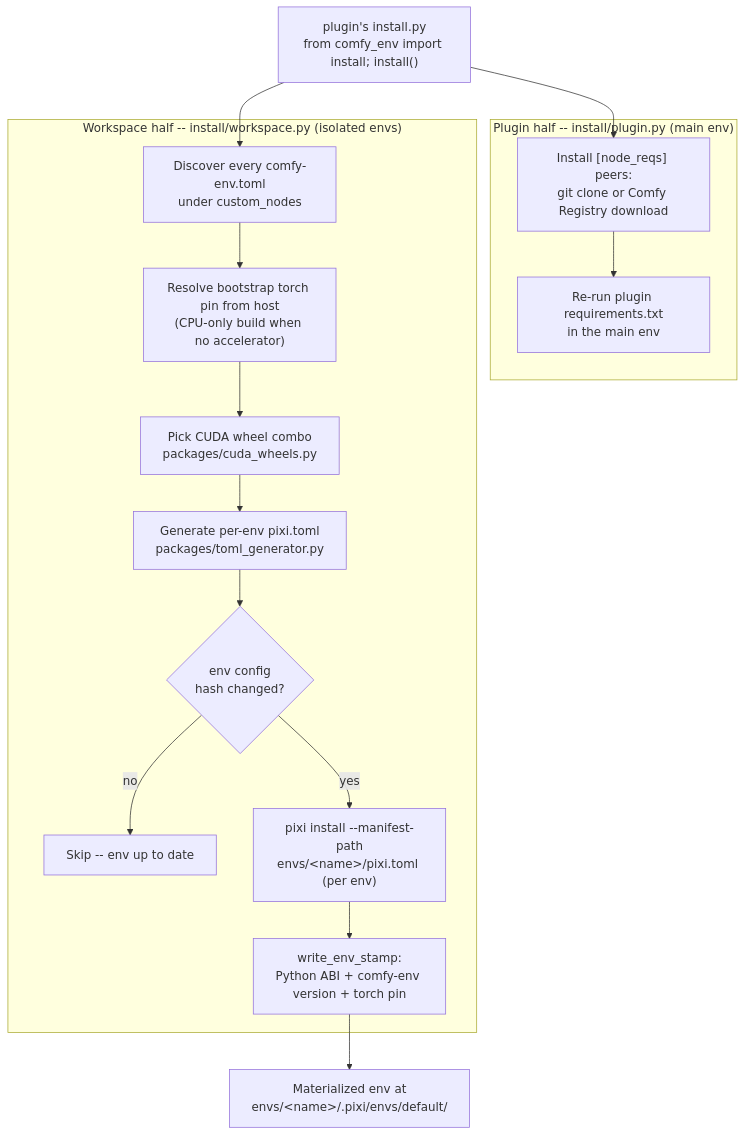
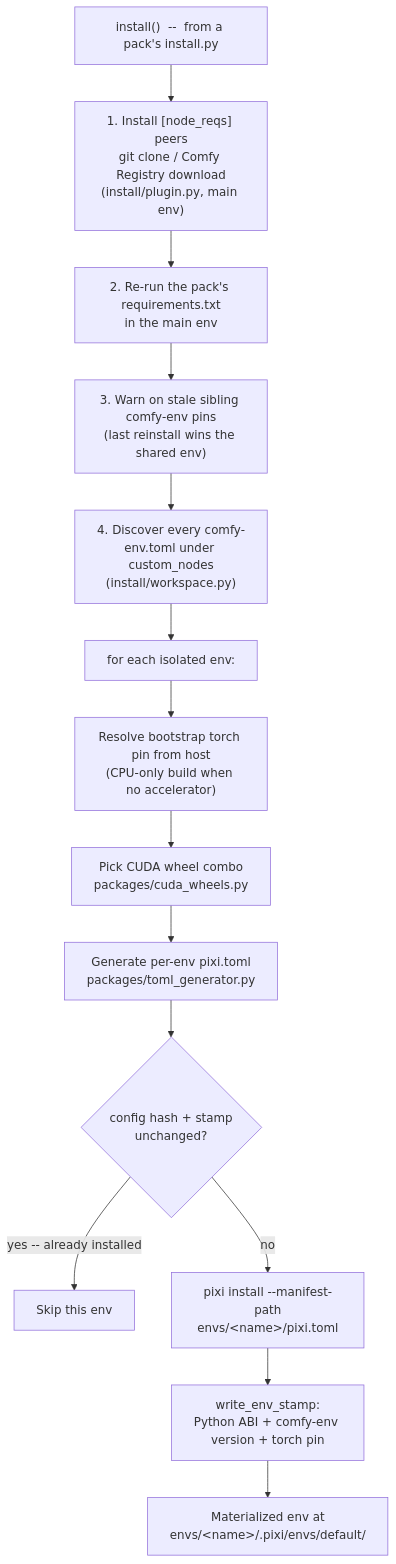
The third of 4 diagrams in docs/comfy-env/index.md (Comfy-Forge/comfy-forge-docs), drawn with Mermaid before and after one commit. The commit also changed other lines of this file, not shown here.

Commit message:
docs: linearize the install() diagram; drop stale shareable-pool/Pool-IPC mentions
- install() diagram: replaced the two parallel 'Plugin half / Workspace
  half' subgraphs with one straight top-down sequence matching the actual
  code order (node_reqs peers -> re-run requirements -> sibling-pin warn ->
  per-env discover -> hash/stamp 'already installed?' gate -> skip or
  pixi install). Reads as one flow with the up-to-date short-circuit.
- Dropped the deleted shareable-pool hook from the setup_env summary
  (removed 0.4.22) and marked serialization-ladder row 2 (Pool IPC)
  experimental/default-off instead of 'in progress'.

````diff
--- a/docs/comfy-env/index.md
+++ b/docs/comfy-env/index.md
@@ -434,24 +437,17 @@
 ```mermaid
 flowchart TD
-    entry["plugin's install.py<br/>from comfy_env import install; install()"]
-    entry --> plugin
-    entry --> discover
-
-    subgraph plughalf["Plugin half -- install/plugin.py (main env)"]
-        plugin["Install [node_reqs] peers:<br/>git clone or Comfy Registry download"]
-        plugin --> reqs["Re-run plugin requirements.txt<br/>in the main env"]
-    end
-
-    subgraph wshalf["Workspace half -- install/workspace.py (isolated envs)"]
-        discover["Discover every comfy-env.toml<br/>under custom_nodes"]
-        discover --> torchpin["Resolve bootstrap torch pin from host<br/>(CPU-only build when no accelerator)"]
-        torchpin --> combo["Pick CUDA wheel combo<br/>packages/cuda_wheels.py"]
-        combo --> gen["Generate per-env pixi.toml<br/>packages/toml_generator.py"]
-        gen --> hash{"env config<br/>hash changed?"}
-        hash -->|"no"| skip["Skip -- env up to date"]
-        hash -->|"yes"| pinstall["pixi install --manifest-path<br/>envs/&lt;name&gt;/pixi.toml (per env)"]
-        pinstall --> stamp["write_env_stamp:<br/>Python ABI + comfy-env version + torch pin"]
-    end
-
+    entry["install()  --  from a pack's install.py"]
+    entry --> plugin["1. Install [node_reqs] peers<br/>git clone / Comfy Registry download<br/>(install/plugin.py, main env)"]
+    plugin --> reqs["2. Re-run the pack's requirements.txt<br/>in the main env"]
+    reqs --> warn["3. Warn on stale sibling comfy-env pins<br/>(last reinstall wins the shared env)"]
+    warn --> discover["4. Discover every comfy-env.toml under custom_nodes<br/>(install/workspace.py)"]
+    discover --> perenv["for each isolated env:"]
+    perenv --> torchpin["Resolve bootstrap torch pin from host<br/>(CPU-only build when no accelerator)"]
+    torchpin --> combo["Pick CUDA wheel combo<br/>packages/cuda_wheels.py"]
+    combo --> gen["Generate per-env pixi.toml<br/>packages/toml_generator.py"]
+    gen --> hash{"config hash + stamp<br/>unchanged?"}
+    hash -->|"yes -- already installed"| skip["Skip this env"]
+    hash -->|"no"| pinstall["pixi install --manifest-path<br/>envs/&lt;name&gt;/pixi.toml"]
+    pinstall --> stamp["write_env_stamp:<br/>Python ABI + comfy-env version + torch pin"]
     stamp --> done["Materialized env at<br/>envs/&lt;name&gt;/.pixi/envs/default/"]
 ```
````
